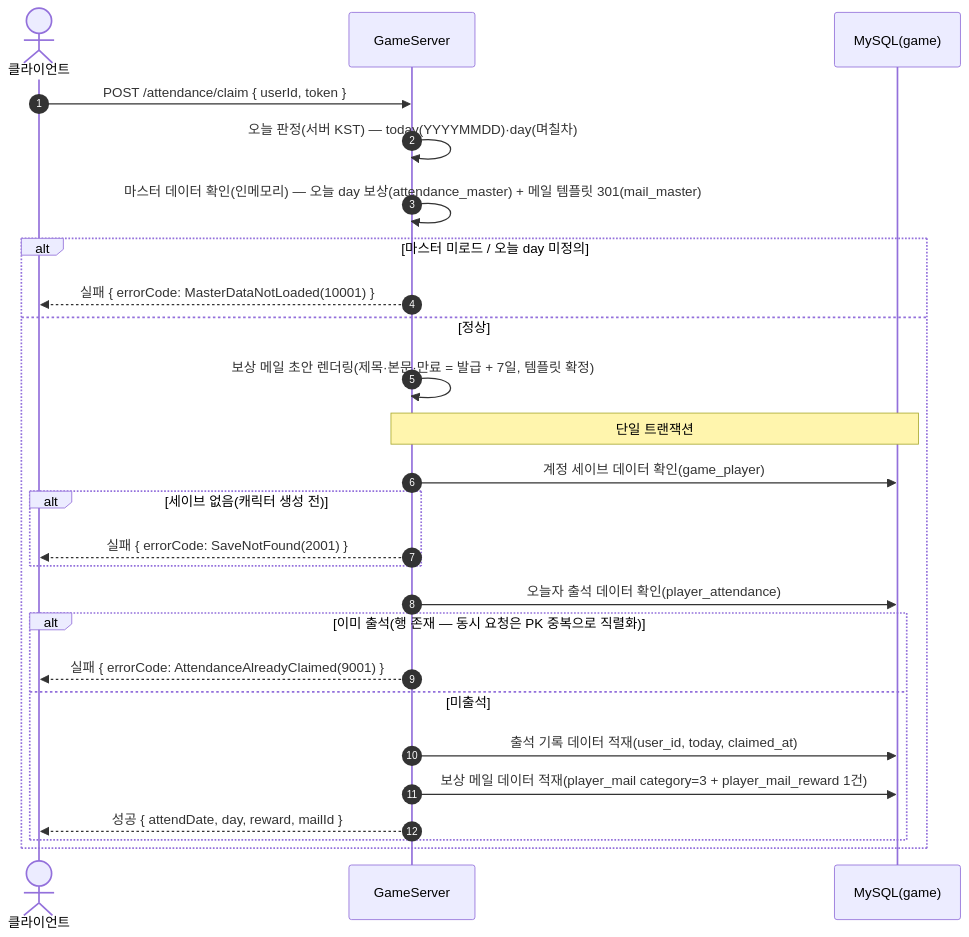
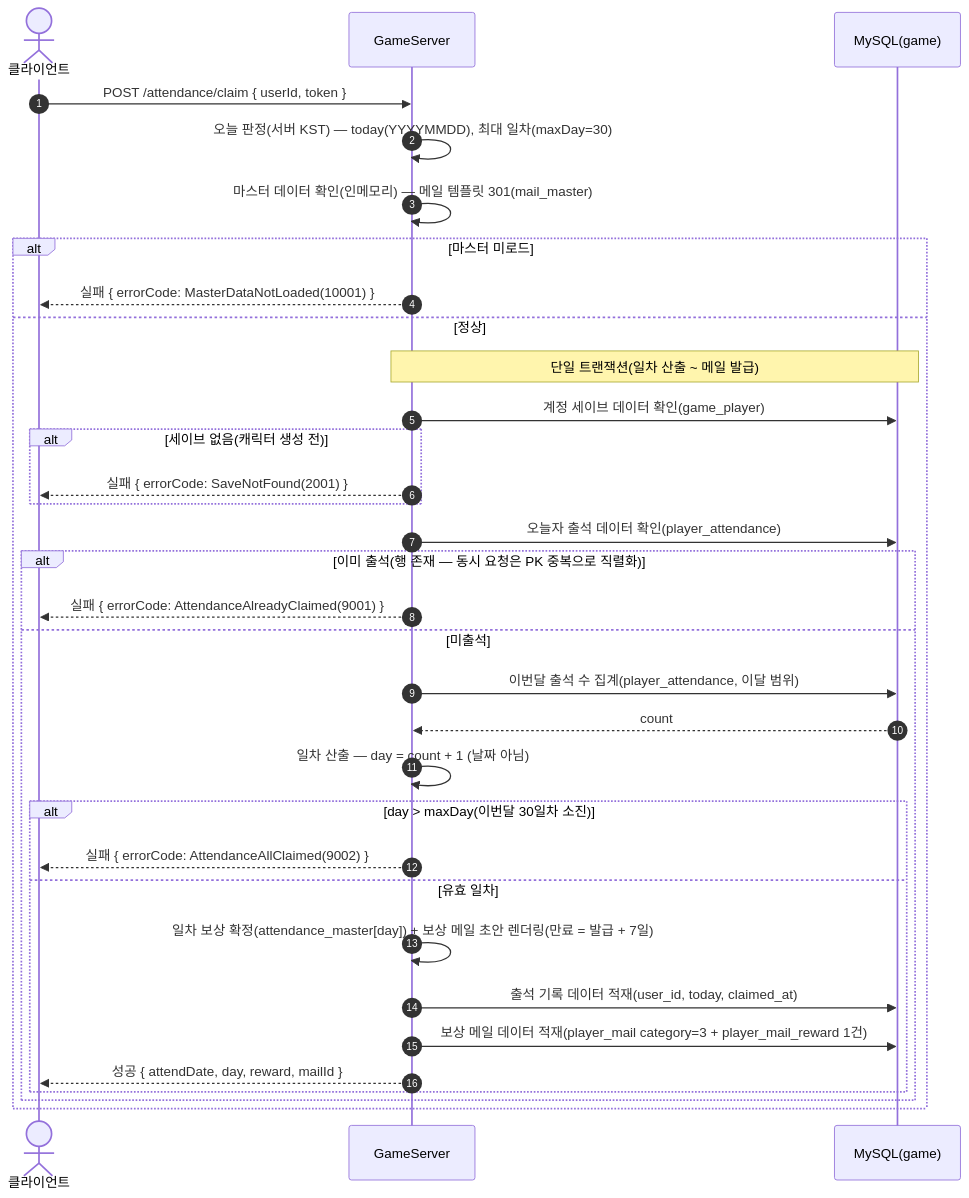
Diagram 25 of 26 in SequenceDiagram/README.md (ks-wook/com2us-taskbar-hero), drawn with Mermaid before and after one commit. The commit also changed other lines of this file and 26 other files, not shown here.

````diff
--- a/SequenceDiagram/README.md
+++ b/SequenceDiagram/README.md
@@ -688,29 +691,36 @@
 ```mermaid
 sequenceDiagram
     autonumber
     actor C as 클라이언트
     participant S as GameServer
     participant DB as MySQL(game)
 
     C->>S: POST /attendance/claim { userId, token }
-    S->>S: 오늘 판정(서버 KST) — today(YYYYMMDD)·day(며칠차)
-    S->>S: 마스터 데이터 확인(인메모리) — 오늘 day 보상(attendance_master) + 메일 템플릿 301(mail_master)
-    alt 마스터 미로드 / 오늘 day 미정의
+    S->>S: 오늘 판정(서버 KST) — today(YYYYMMDD), 최대 일차(maxDay=30)
+    S->>S: 마스터 데이터 확인(인메모리) — 메일 템플릿 301(mail_master)
+    alt 마스터 미로드
         S-->>C: 실패 { errorCode: MasterDataNotLoaded(10001) }
     else 정상
-        S->>S: 보상 메일 초안 렌더링(제목·본문·만료 = 발급 + 7일, 템플릿 확정)
-        Note over S,DB: 단일 트랜잭션
+        Note over S,DB: 단일 트랜잭션(일차 산출 ~ 메일 발급)
         S->>DB: 계정 세이브 데이터 확인(game_player)
         alt 세이브 없음(캐릭터 생성 전)
             S-->>C: 실패 { errorCode: SaveNotFound(2001) }
         end
         S->>DB: 오늘자 출석 데이터 확인(player_attendance)
         alt 이미 출석(행 존재 — 동시 요청은 PK 중복으로 직렬화)
             S-->>C: 실패 { errorCode: AttendanceAlreadyClaimed(9001) }
         else 미출석
-            S->>DB: 출석 기록 데이터 적재(user_id, today, claimed_at)
-            S->>DB: 보상 메일 데이터 적재(player_mail category=3 + player_mail_reward 1건)
-            S-->>C: 성공 { attendDate, day, reward, mailId }
+            S->>DB: 이번달 출석 수 집계(player_attendance, 이달 범위)
+            DB-->>S: count
+            S->>S: 일차 산출 — day = count + 1 (날짜 아님)
+            alt day > maxDay(이번달 30일차 소진)
+                S-->>C: 실패 { errorCode: AttendanceAllClaimed(9002) }
+            else 유효 일차
+                S->>S: 일차 보상 확정(attendance_master[day]) + 보상 메일 초안 렌더링(만료 = 발급 + 7일)
+                S->>DB: 출석 기록 데이터 적재(user_id, today, claimed_at)
+                S->>DB: 보상 메일 데이터 적재(player_mail category=3 + player_mail_reward 1건)
+                S-->>C: 성공 { attendDate, day, reward, mailId }
+            end
         end
     end
 ```
````
